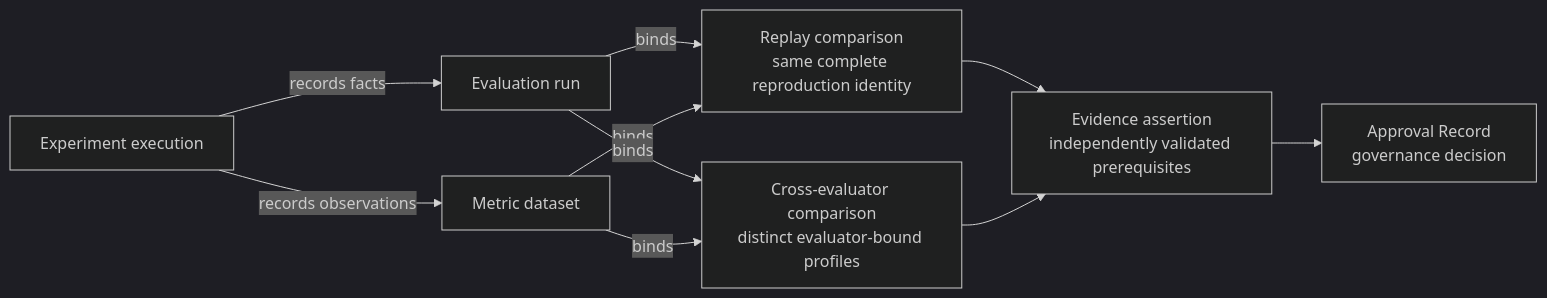
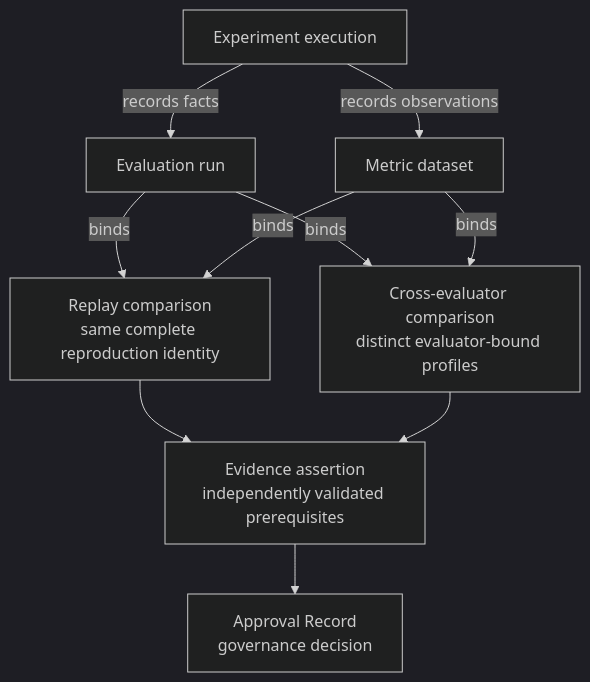
One commit to aigengame/godot-agent changed the third of 3 diagrams in libs/gda-balancing/docs/ARCHITECTURE.md. Above: the diagram before and after it, drawn with Mermaid (dark theme).

Commit message:
docs(balancing): orient evidence flow vertically

````diff
--- a/libs/gda-balancing/docs/ARCHITECTURE.md
+++ b/libs/gda-balancing/docs/ARCHITECTURE.md
@@ -955,12 +955,12 @@
 ```mermaid
-flowchart LR
+flowchart TB
     X["Experiment execution"] -->|"records facts"| R["Evaluation run"]
     X -->|"records observations"| D["Metric dataset"]
     R -->|"binds"| P["Replay comparison<br/>same complete reproduction identity"]
     D -->|"binds"| P
     R -->|"binds"| C["Cross-evaluator comparison<br/>distinct evaluator-bound profiles"]
     D -->|"binds"| C
     P --> E["Evidence assertion<br/>independently validated prerequisites"]
     C --> E
     E --> A["Approval Record<br/>governance decision"]
 ```
````
